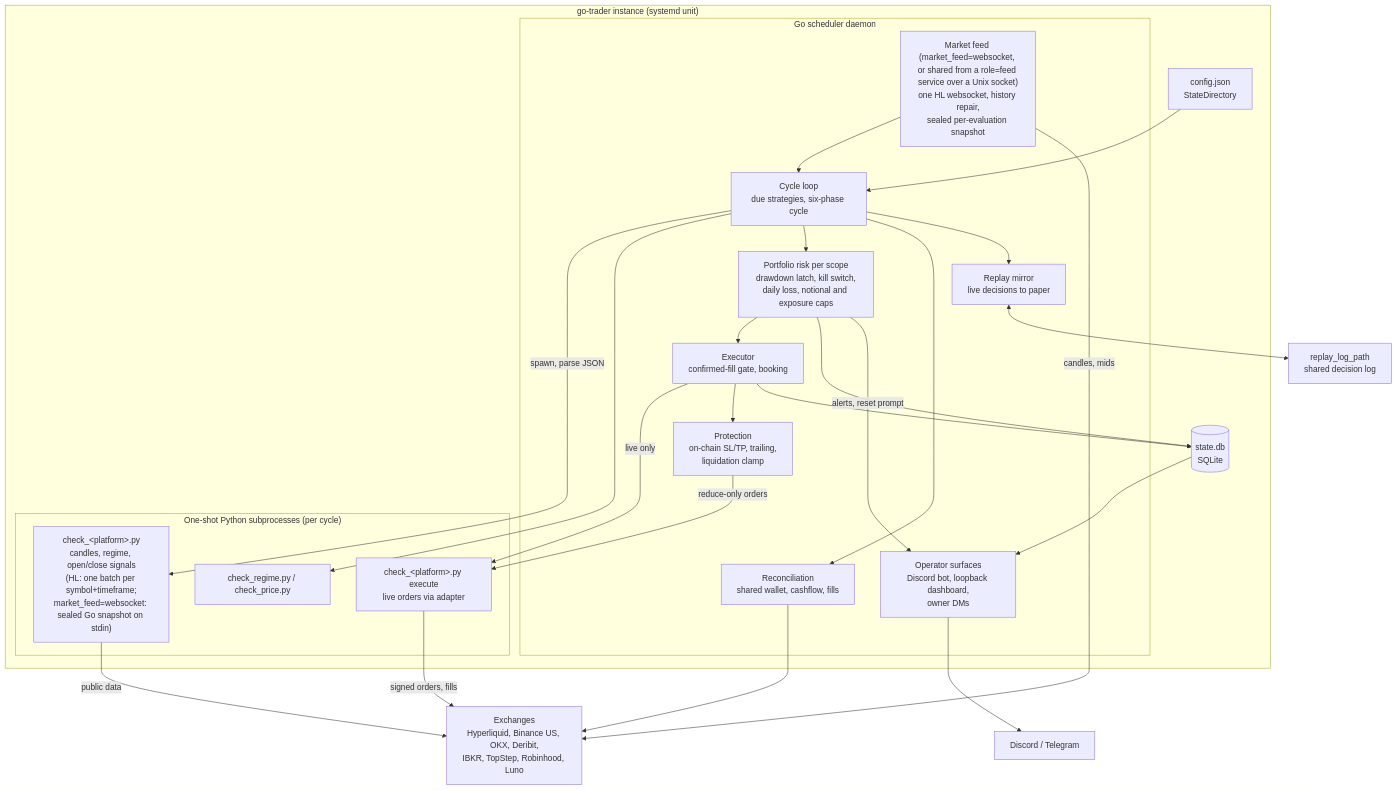
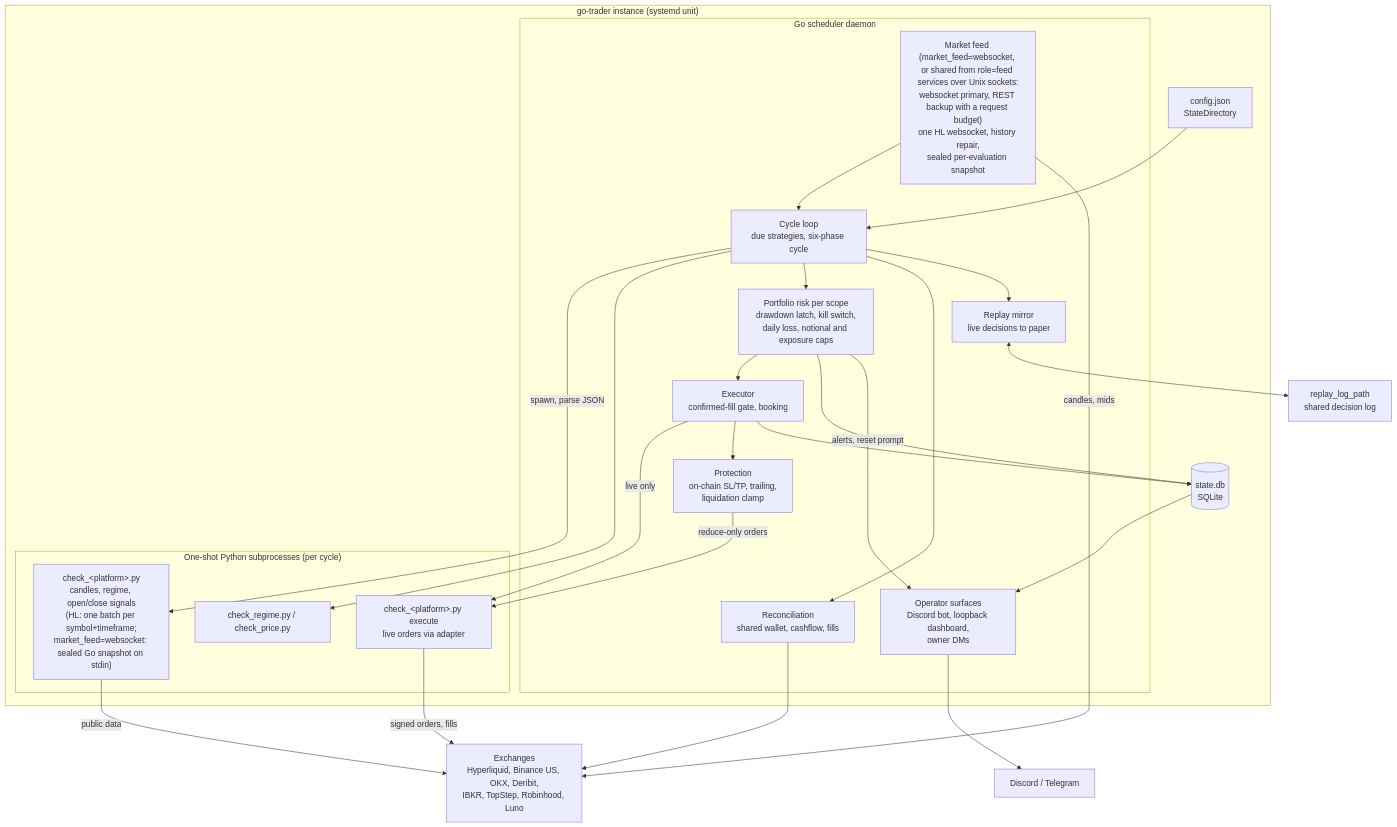
The diagram in README.md (richkuo/go-trader), drawn with Mermaid before and after one commit. The commit also changed 23 other files, not shown here.

````diff
--- a/README.md
+++ b/README.md
@@ -90,46 +90,46 @@
 ```mermaid
 flowchart TB
     subgraph Instance["go-trader instance (systemd unit)"]
         CFG["config.json<br/>StateDirectory"]
         DB[("state.db<br/>SQLite")]
         subgraph Daemon["Go scheduler daemon"]
             LOOP["Cycle loop<br/>due strategies, six-phase cycle"]
             RISK["Portfolio risk per scope<br/>drawdown latch, kill switch,<br/>daily loss, notional and exposure caps"]
             EXEC["Executor<br/>confirmed-fill gate, booking"]
             PROT["Protection<br/>on-chain SL/TP, trailing,<br/>liquidation clamp"]
             RECON["Reconciliation<br/>shared wallet, cashflow, fills"]
             MIRROR["Replay mirror<br/>live decisions to paper"]
-            FEED["Market feed (market_feed=websocket, or shared from a role=feed service over a Unix socket)<br/>one HL websocket, history repair,<br/>sealed per-evaluation snapshot"]
+            FEED["Market feed (market_feed=websocket, or shared from role=feed services over Unix sockets:<br/>websocket primary, REST backup with a request budget)<br/>one HL websocket, history repair,<br/>sealed per-evaluation snapshot"]
             OPS["Operator surfaces<br/>Discord bot, loopback dashboard,<br/>owner DMs"]
         end
         subgraph Py["One-shot Python subprocesses (per cycle)"]
             CHECK["check_&lt;platform&gt;.py<br/>candles, regime, open/close signals<br/>(HL: one batch per symbol+timeframe;<br/>market_feed=websocket: sealed Go snapshot on stdin)"]
             XQ["check_&lt;platform&gt;.py execute<br/>live orders via adapter"]
             REG["check_regime.py / check_price.py"]
         end
     end
     EXCH["Exchanges<br/>Hyperliquid, Binance US, OKX, Deribit,<br/>IBKR, TopStep, Robinhood, Luno"]
     DISC["Discord / Telegram"]
     LOG["replay_log_path<br/>shared decision log"]
 
     CFG --> LOOP
     FEED --> LOOP
     FEED -->|candles, mids| EXCH
     LOOP -->|spawn, parse JSON| CHECK
     LOOP --> REG
     LOOP --> RISK --> EXEC
     EXEC -->|live only| XQ
     EXEC --> PROT
     PROT -->|reduce-only orders| XQ
     CHECK -->|public data| EXCH
     XQ -->|signed orders, fills| EXCH
     RECON --> EXCH
     LOOP --> RECON
     EXEC --> DB
     RISK --> DB
     LOOP --> MIRROR
     MIRROR <--> LOG
     OPS --> DISC
     RISK -->|alerts, reset prompt| OPS
     DB --> OPS
 ```
````
